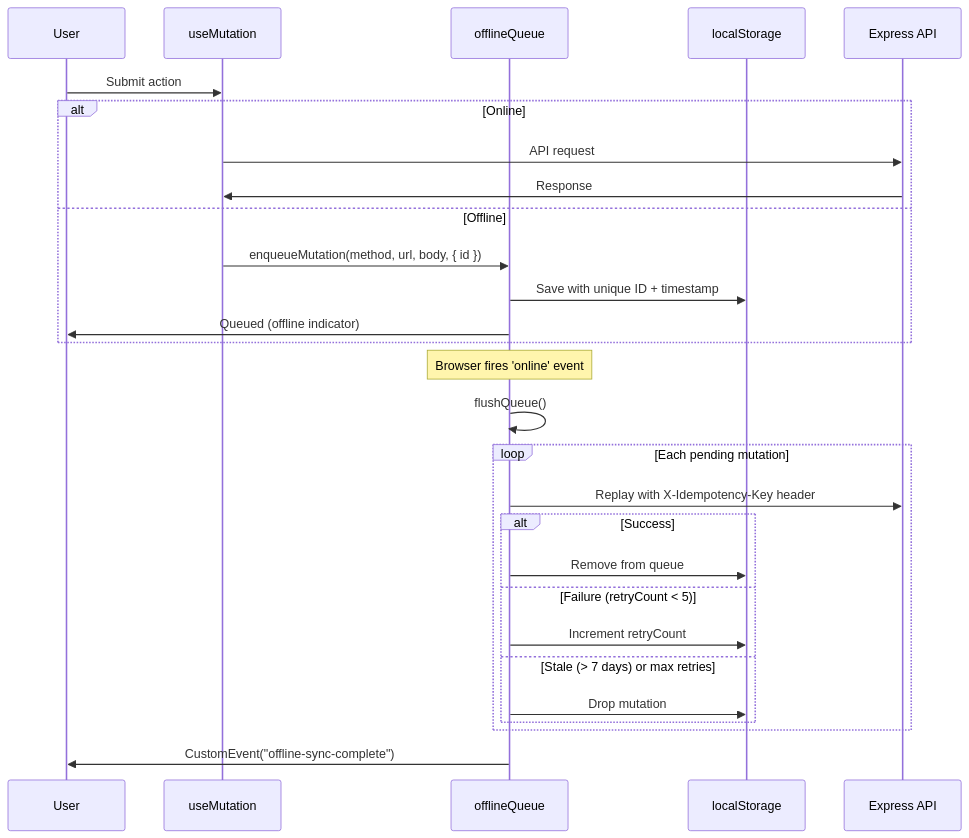
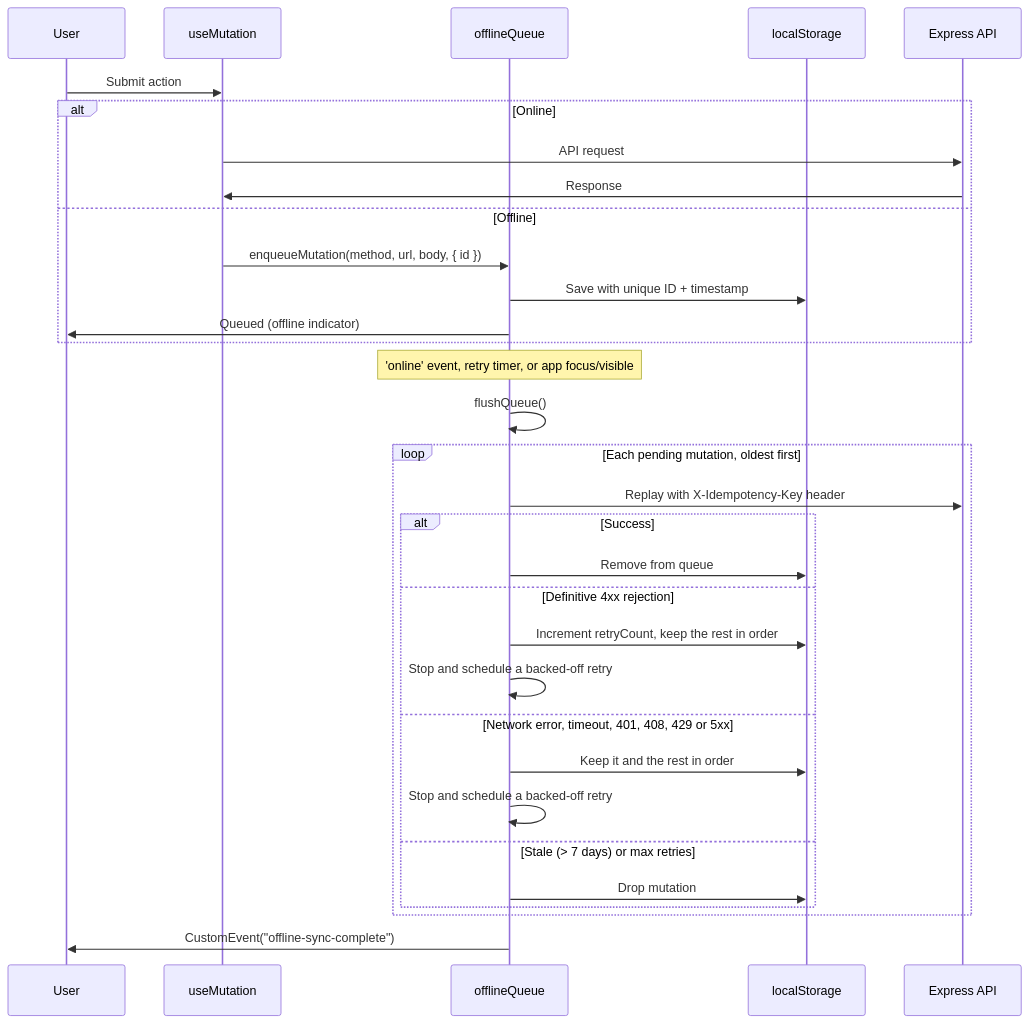
One commit to daler91/Hyrox-Companion changed the second of 2 diagrams in docs/state-management.md. Above: the diagram before and after it, drawn with Mermaid. The commit also changed other lines of this file and 4 other files, not shown here.

````diff
--- a/docs/state-management.md
+++ b/docs/state-management.md
@@ -284,32 +285,36 @@
 ```mermaid
 sequenceDiagram
     participant User
     participant Hook as useMutation
     participant Queue as offlineQueue
     participant Storage as localStorage
     participant Server as Express API
     
     User->>Hook: Submit action
     alt Online
         Hook->>Server: API request
         Server->>Hook: Response
     else Offline
         Hook->>Queue: enqueueMutation(method, url, body, { id })
         Queue->>Storage: Save with unique ID + timestamp
         Queue->>User: Queued (offline indicator)
     end
     
-    Note over Queue: Browser fires 'online' event
+    Note over Queue: 'online' event, retry timer, or app focus/visible
     Queue->>Queue: flushQueue()
-    loop Each pending mutation
+    loop Each pending mutation, oldest first
         Queue->>Server: Replay with X-Idempotency-Key header
         alt Success
             Queue->>Storage: Remove from queue
-        else Failure (retryCount < 5)
-            Queue->>Storage: Increment retryCount
+        else Definitive 4xx rejection
+            Queue->>Storage: Increment retryCount, keep the rest in order
+            Queue->>Queue: Stop and schedule a backed-off retry
+        else Network error, timeout, 401, 408, 429 or 5xx
+            Queue->>Storage: Keep it and the rest in order
+            Queue->>Queue: Stop and schedule a backed-off retry
         else Stale (> 7 days) or max retries
             Queue->>Storage: Drop mutation
         end
     end
     Queue->>User: CustomEvent("offline-sync-complete")
 ```
````
